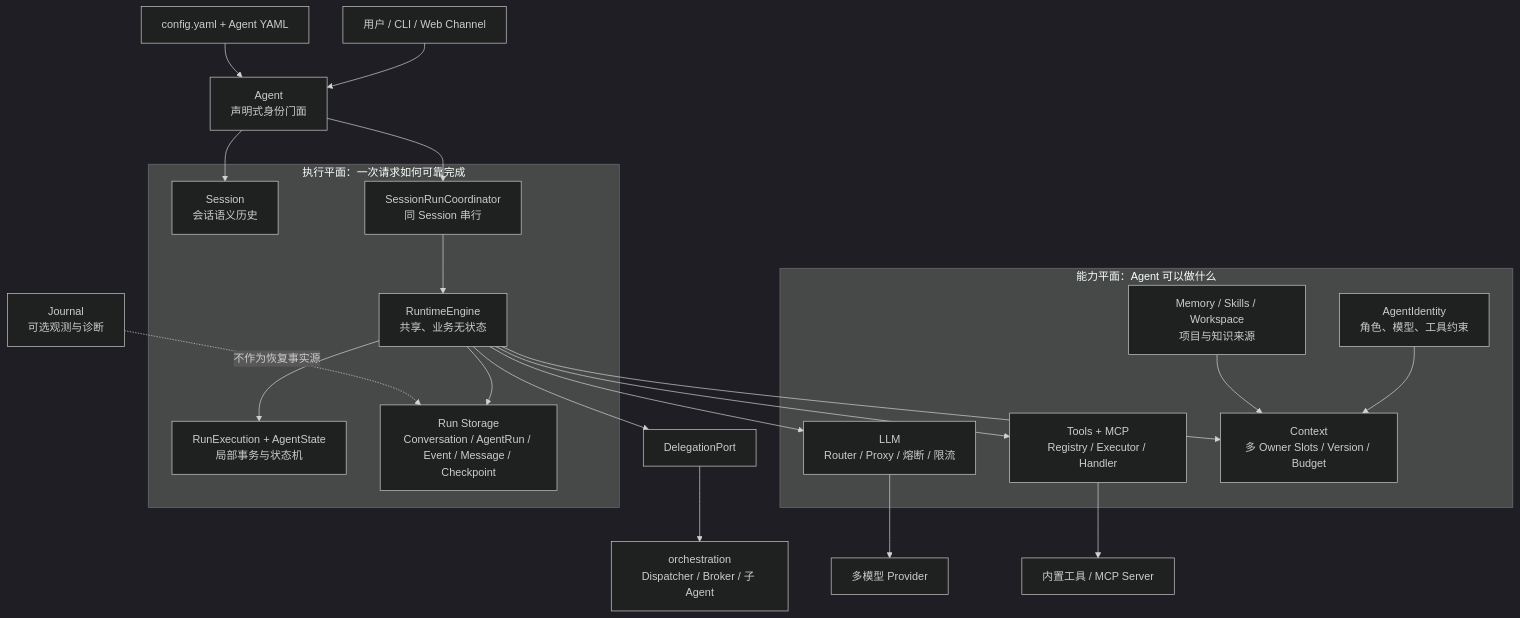
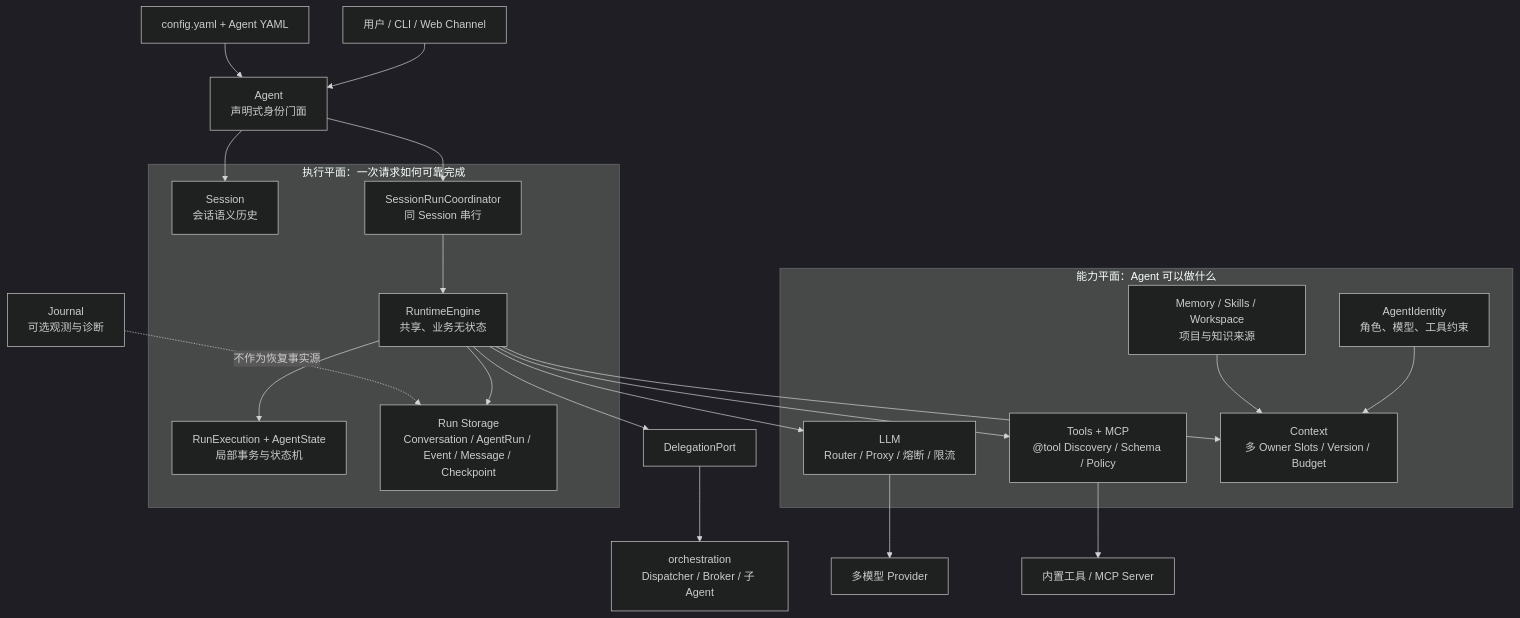
The first of 7 diagrams in README.md (aandbcct/dotClaw), drawn with Mermaid (dark theme) before and after one commit. The commit also changed other lines of this file and 1 other file, not shown here.

Commit message:
docs(tools):更新wiki和readme

````diff
--- a/README.md
+++ b/README.md
@@ -28,36 +28,36 @@
 ```mermaid
 flowchart TB
     User["用户 / CLI / Web Channel"] --> Agent["Agent\n声明式身份门面"]
     Config["config.yaml + Agent YAML"] --> Agent
 
     subgraph Capability["能力平面：Agent 可以做什么"]
         Identity["AgentIdentity\n角色、模型、工具约束"]
         Router["LLM\nRouter / Proxy / 熔断 / 限流"]
-        Tools["Tools + MCP\nRegistry / Executor / Handler"]
+        Tools["Tools + MCP\n@tool Discovery / Schema / Policy"]
         Context["Context\n多 Owner Slots / Version / Budget"]
         Knowledge["Memory / Skills / Workspace\n项目与知识来源"]
         Identity --> Context
         Knowledge --> Context
     end
 
     subgraph Execution["执行平面：一次请求如何可靠完成"]
         Session["Session\n会话语义历史"]
         Coordinator["SessionRunCoordinator\n同 Session 串行"]
         Engine["RuntimeEngine\n共享、业务无状态"]
         Run["RunExecution + AgentState\n局部事务与状态机"]
         Facts["Run Storage\nConversation / AgentRun / Event / Message / Checkpoint"]
         Coordinator --> Engine --> Run
         Engine --> Facts
     end
 
     Agent --> Session
     Agent --> Coordinator
     Engine --> Context
     Engine --> Router
     Engine --> Tools
     Engine --> Delegation["DelegationPort"]
     Delegation --> Orchestration["orchestration\nDispatcher / Broker / 子 Agent"]
     Router --> Provider["多模型 Provider"]
     Tools --> External["内置工具 / MCP Server"]
     Journal["Journal\n可选观测与诊断"] -. "不作为恢复事实源" .-> Facts
 ```
````
